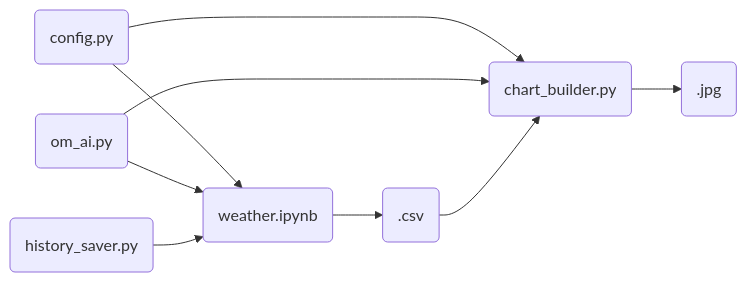
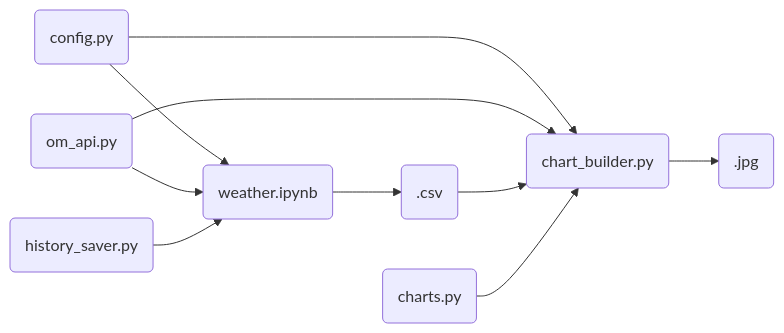
The diagram in README.md (xianrr/weather), drawn with Mermaid before and after one commit. The commit also changed other lines of this file and 1 other file, not shown here.

````diff
--- a/README.md
+++ b/README.md
@@ -26,18 +26,20 @@
 ```mermaid
 flowchart LR
 id1(config.py)
-id2(om_ai.py)
+id2(om_api.py)
 id3(history_saver.py)
 id4(weather.ipynb)
 id5(.csv)
+id8(charts.py)
 id6(chart_builder.py)
 id7(.jpg)
 id1 --> id4
 id2 --> id4
 id3 --> id4
 id4 --> id5
 id1 --> id6
 id2 --> id6
 id5 --> id6
+id8 --> id6
 id6 --> id7
 ```
````
